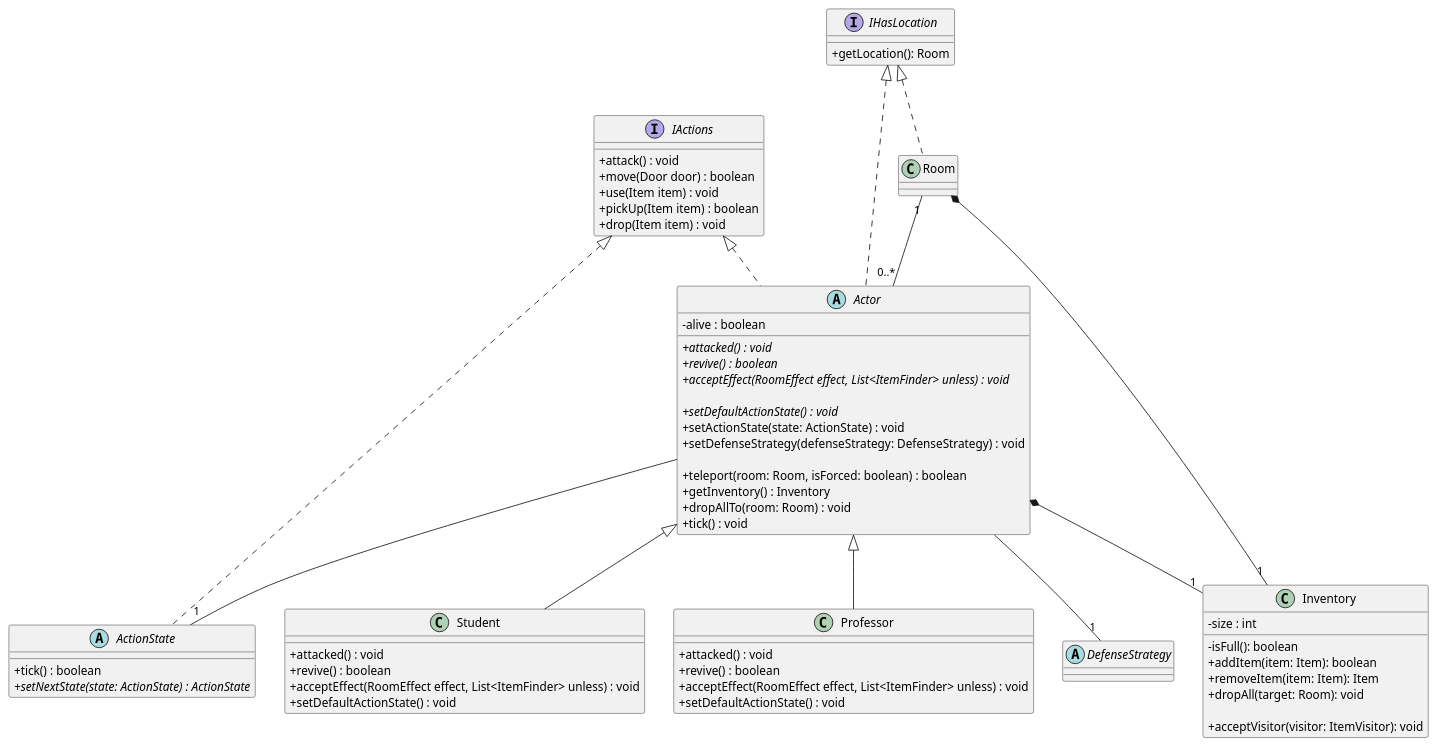
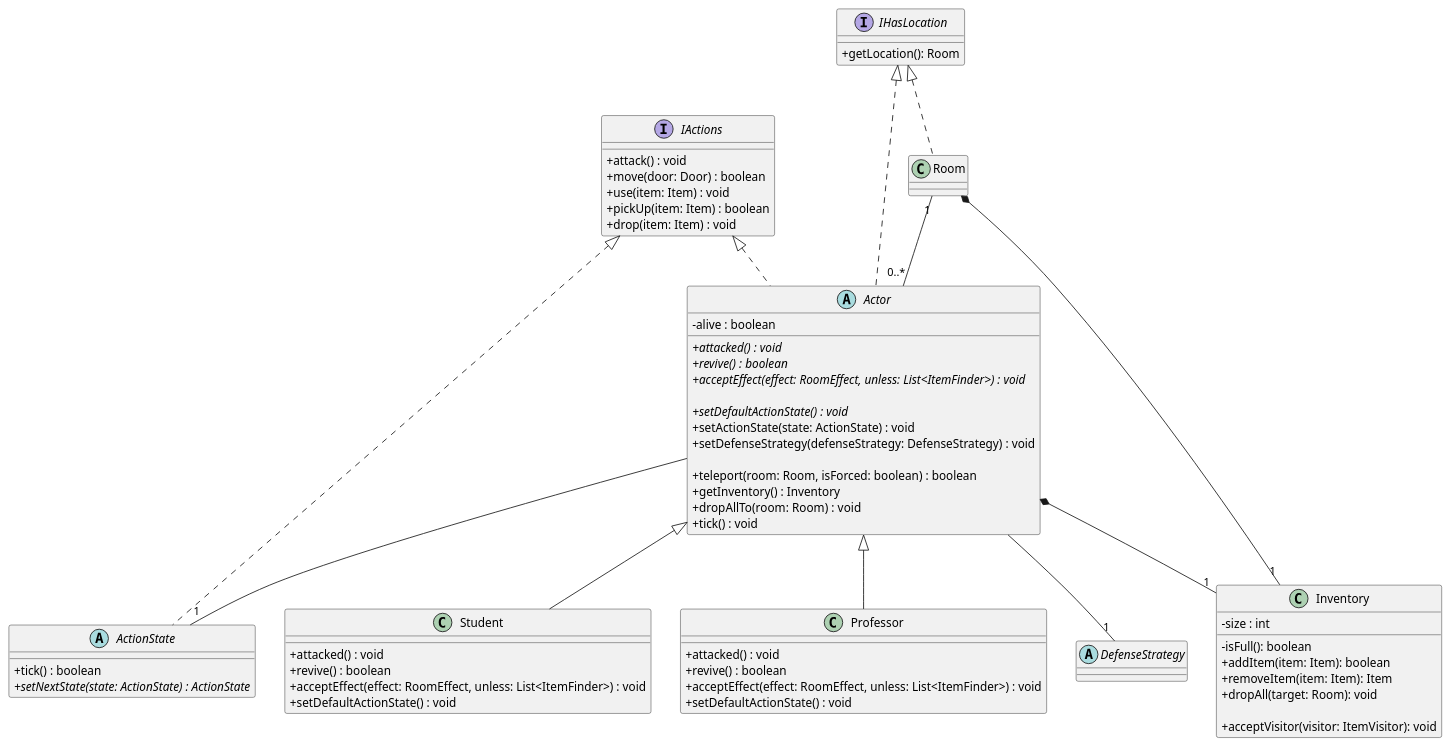
Before and after one commit to Kristof-me/Logarlec: the diagram in docs/class/Actor.puml, drawn with PlantUML. The commit also changed 2 other files, not shown here.

```diff
--- a/docs/class/Actor.puml
+++ b/docs/class/Actor.puml
@@ -1,98 +1,98 @@
 @startuml classDiagram
 skinparam classAttributeIconSize 0
 
 class Inventory {
     - size : int
 
     - isFull(): boolean
     + addItem(item: Item): boolean
     + removeItem(item: Item): Item
     + dropAll(target: Room): void
 
     + acceptVisitor(visitor: ItemVisitor): void
 }
 
 
 ' azért asszociáció, mivel ettől még az item-nek van egyedi léte
 
 Actor *--"1" Inventory
 Room *-- "1" Inventory
 
 'Character ----------------------------------------
 
 abstract class Actor {
     - alive : boolean
 
     + {abstract} attacked() : void
     + {abstract} revive() : boolean
-    + {abstract} acceptEffect(RoomEffect effect, List<ItemFinder> unless) : void
+    + {abstract} acceptEffect(effect: RoomEffect, unless: List<ItemFinder>) : void
 
     + {abstract}setDefaultActionState() : void
     + setActionState(state: ActionState) : void
     + setDefenseStrategy(defenseStrategy: DefenseStrategy) : void
 
     + teleport(room: Room, isForced: boolean) : boolean
     + getInventory() : Inventory
     + dropAllTo(room: Room) : void
     + tick() : void
 }
 
 Actor -- "1" ActionState
 Actor -- "1" DefenseStrategy
 
 class Student {
     + attacked() : void
     + revive() : boolean
-    + acceptEffect(RoomEffect effect, List<ItemFinder> unless) : void
+    + acceptEffect(effect: RoomEffect, unless: List<ItemFinder>) : void
     + setDefaultActionState() : void
 }
 
 Actor <|-- Student
 
 class Professor {
     + attacked() : void
     + revive() : boolean
-    + acceptEffect(RoomEffect effect, List<ItemFinder> unless) : void
+    + acceptEffect(effect: RoomEffect, unless: List<ItemFinder>) : void
     + setDefaultActionState() : void
 }
 
 Actor <|-- Professor
 
 
 class Room {
 }
 
 
 Room "1" -- "0..*" Actor 
 
 interface IHasLocation {
     + getLocation(): Room
 }
 
 IHasLocation <|.. Room
 IHasLocation <|.. Actor
 
 
 'State --------------------------------------------
 interface IActions {
     + attack() : void
-    + move(Door door) : boolean
-    + use(Item item) : void
-    + pickUp(Item item) : boolean
-    + drop(Item item) : void
+    + move(door: Door) : boolean
+    + use(item: Item) : void
+    + pickUp(item: Item) : boolean
+    + drop(item: Item) : void
 }
 
 abstract class ActionState {
     + tick() : boolean
     + {abstract} setNextState(state: ActionState) : ActionState
 }
 
 IActions <|.. ActionState
 
 IActions <|.. Actor
 'Strategy -----------------------------------
 abstract class DefenseStrategy {
 
 }
 
 @enduml
```
